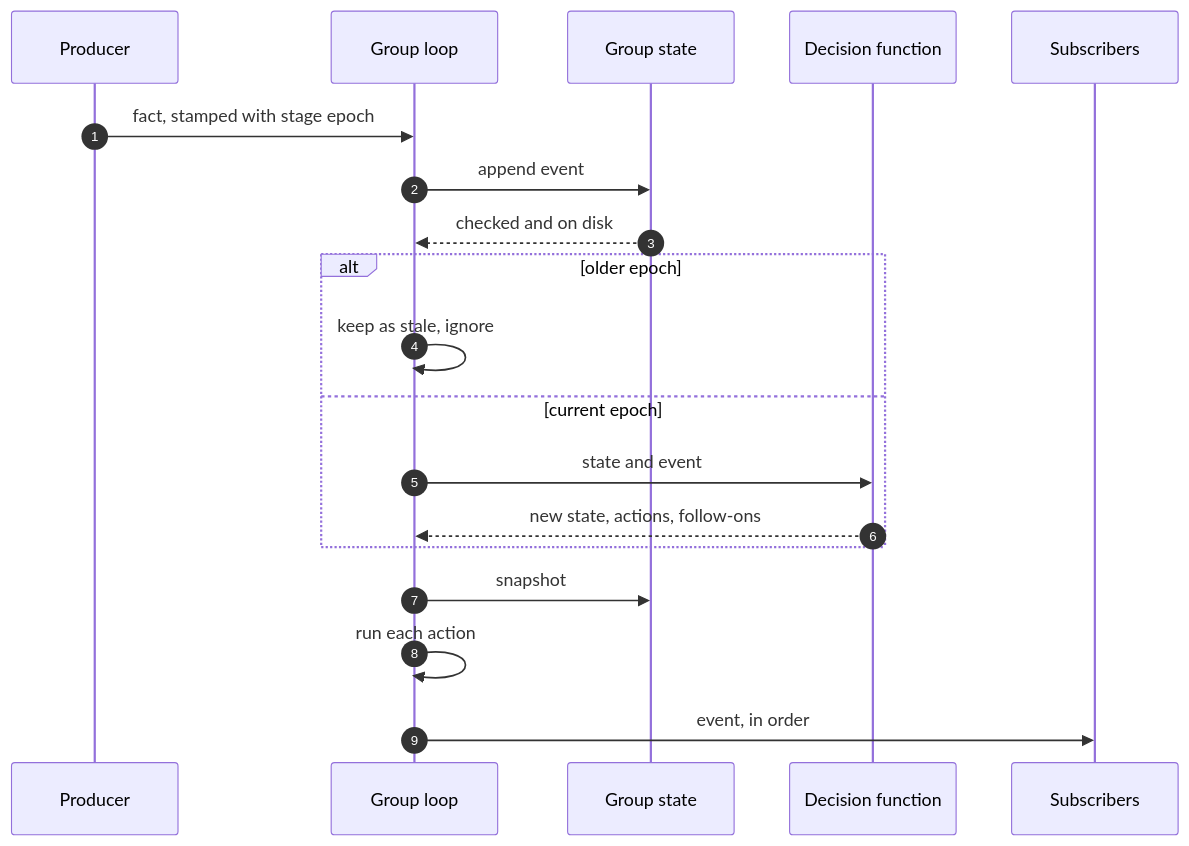
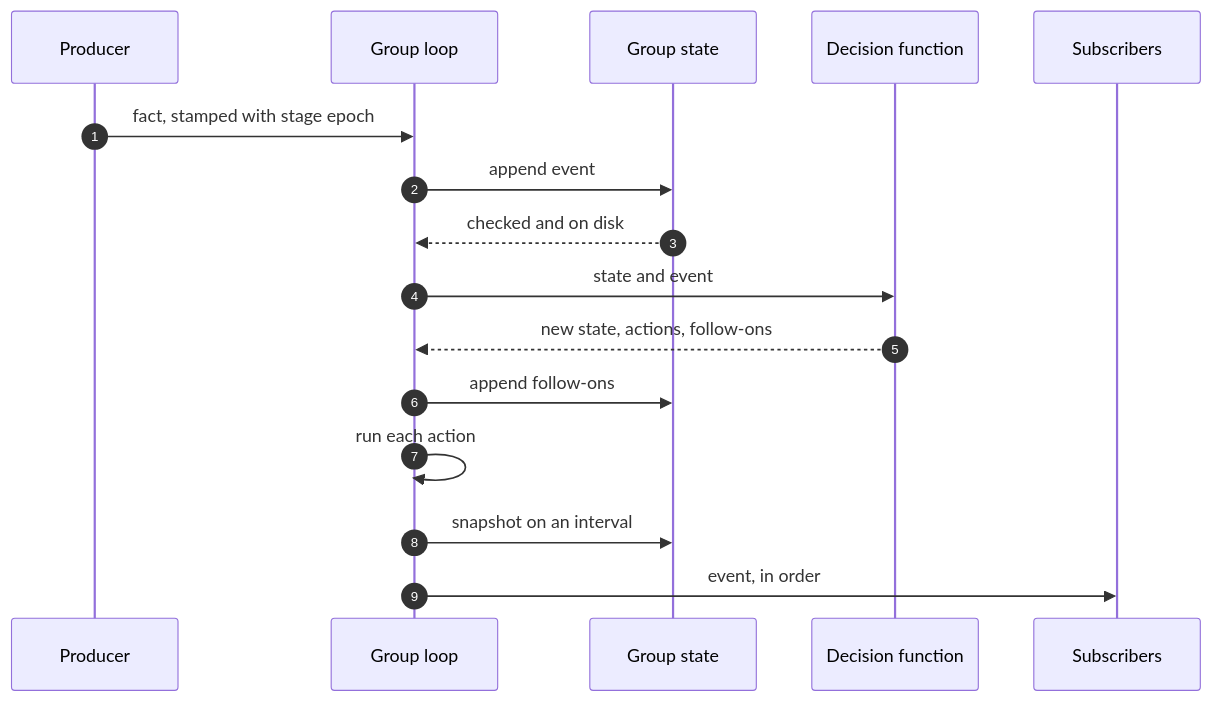
Diagram 33 of 45 in docs/hld.md (rdevitto86/komodo-agentic-harness-coding), drawn with Mermaid before and after one commit. The commit also changed other lines of this file, not shown here.

````diff
--- a/docs/hld.md
+++ b/docs/hld.md
@@ -1534,21 +1537,18 @@
 ```mermaid
 sequenceDiagram
   autonumber
   participant P as Producer
   participant D as Group loop
   participant G as Group state
   participant N as Decision function
   participant S as Subscribers
   P->>D: fact, stamped with stage epoch
   D->>G: append event
   G-->>D: checked and on disk
-  alt older epoch
-    D->>D: keep as stale, ignore
-  else current epoch
-    D->>N: state and event
-    N-->>D: new state, actions, follow-ons
-  end
-  D->>G: snapshot
+  D->>N: state and event
+  N-->>D: new state, actions, follow-ons
+  D->>G: append follow-ons
   D->>D: run each action
+  D->>G: snapshot on an interval
   D->>S: event, in order
 ```
````
